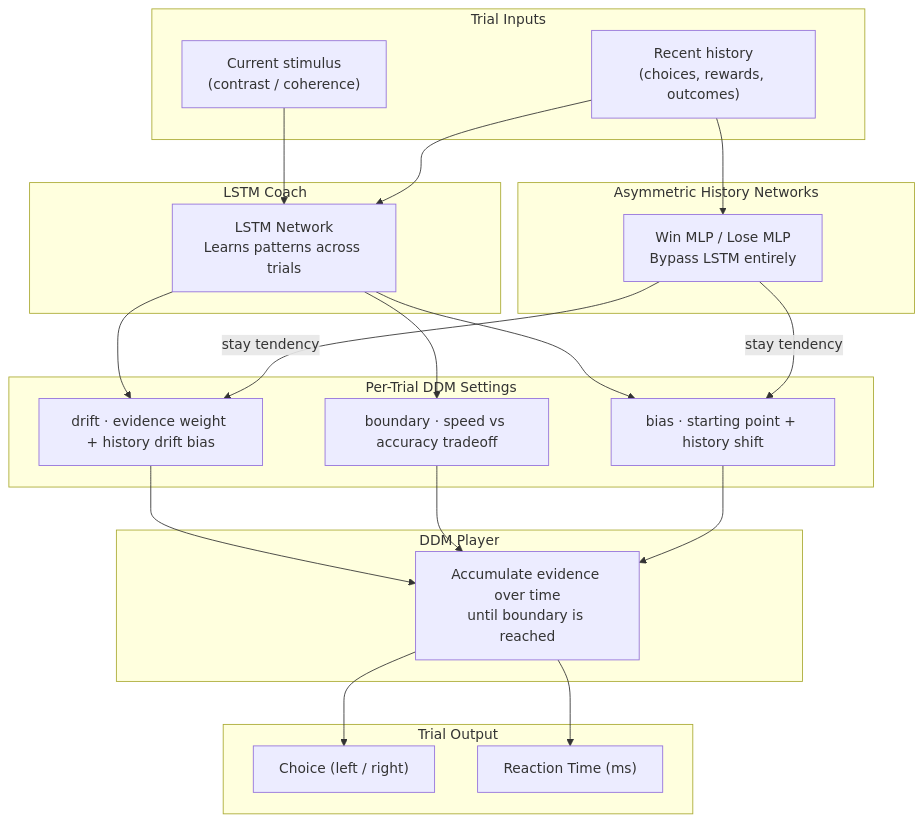
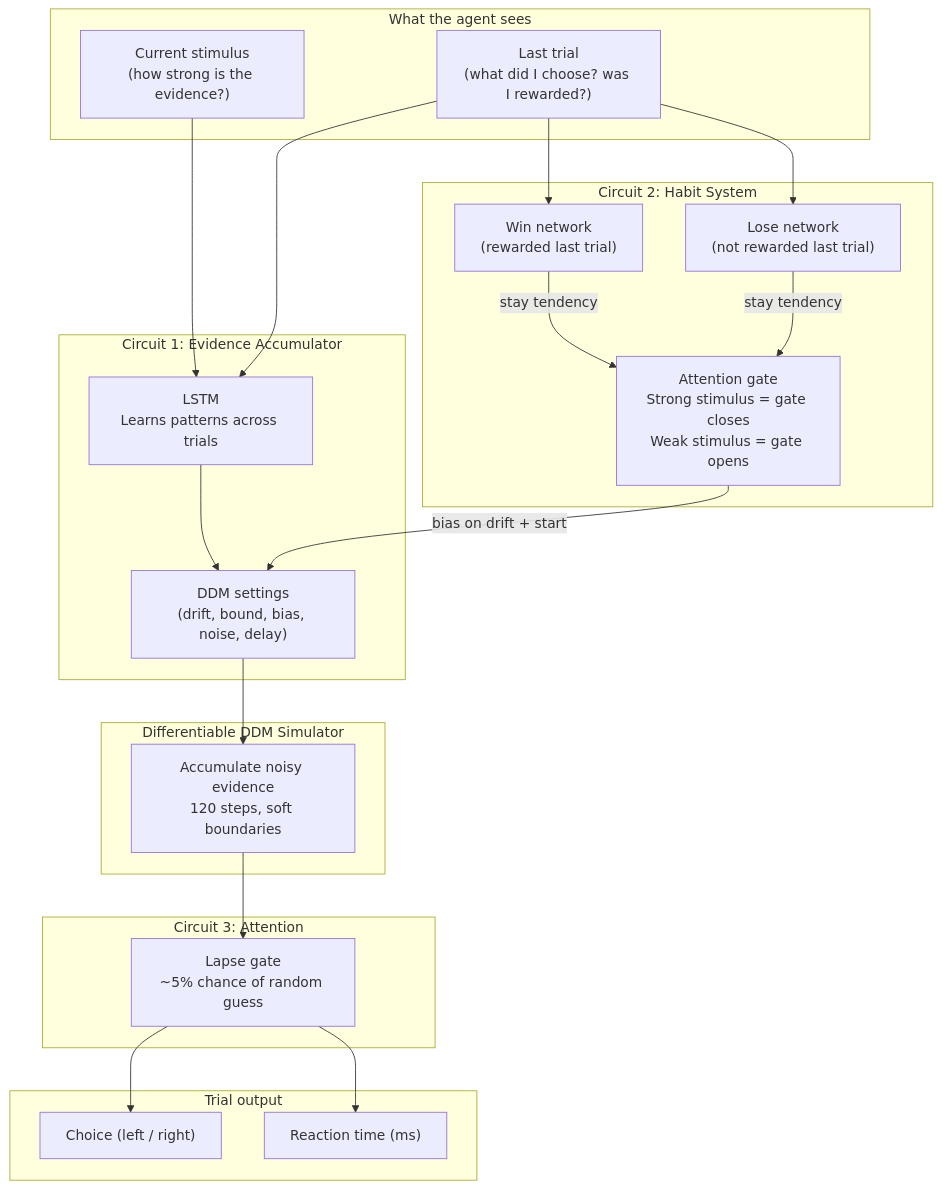
Before and after one commit to ermanakar/animaltasksim: the third of 4 diagrams in docs/THEORY_AND_CONCEPTS.md, drawn with Mermaid. The commit also changed other lines of this file and 7 other files, not shown here.

````diff
--- a/docs/THEORY_AND_CONCEPTS.md
+++ b/docs/THEORY_AND_CONCEPTS.md
@@ -157,44 +195,44 @@
 ```mermaid
 flowchart TD
-    subgraph Inputs["Trial Inputs"]
-        S["Current stimulus\n(contrast / coherence)"]
-        H["Recent history\n(choices, rewards, outcomes)"]
+    subgraph Inputs["What the agent sees"]
+        S["Current stimulus\n(how strong is the evidence?)"]
+        H["Last trial\n(what did I choose? was I rewarded?)"]
     end
 
-    subgraph Coach["LSTM Coach"]
-        L["LSTM Network\nLearns patterns across trials"]
+    subgraph Circuit1["Circuit 1: Evidence Accumulator"]
+        L["LSTM\nLearns patterns across trials"]
+        DDM_params["DDM settings\n(drift, bound, bias, noise, delay)"]
     end
 
-    subgraph Habit["Asymmetric History Networks"]
-        HN["Win MLP / Lose MLP\nBypass LSTM entirely"]
+    subgraph Circuit2["Circuit 2: Habit System"]
+        WIN["Win network\n(rewarded last trial)"]
+        LOSE["Lose network\n(not rewarded last trial)"]
+        GATE["Attention gate\nStrong stimulus = gate closes\nWeak stimulus = gate opens"]
     end
 
-    subgraph Params["Per-Trial DDM Settings"]
-        D["drift · evidence weight + history drift bias"]
-        B["boundary · speed vs accuracy tradeoff"]
-        BI["bias · starting point + history shift"]
+    subgraph DDM_sim["Differentiable DDM Simulator"]
+        P["Accumulate noisy evidence\n120 steps, soft boundaries"]
     end
 
-    subgraph Player["DDM Player"]
-        P["Accumulate evidence over time\nuntil boundary is reached"]
+    subgraph Circuit3["Circuit 3: Attention"]
+        LAPSE["Lapse gate\n~5% chance of random guess"]
     end
 
-    subgraph Output["Trial Output"]
+    subgraph Output["Trial output"]
         C["Choice (left / right)"]
-        R["Reaction Time (ms)"]
+        R["Reaction time (ms)"]
     end
 
     S --> L
     H --> L
-    H --> HN
-    L --> D
-    L --> B
-    L --> BI
-    HN -->|"stay tendency"| D
-    HN -->|"stay tendency"| BI
-    D --> P
-    B --> P
-    BI --> P
-    P --> C
-    P --> R
+    H --> WIN
+    H --> LOSE
+    L --> DDM_params
+    WIN -->|"stay tendency"| GATE
+    LOSE -->|"stay tendency"| GATE
+    GATE -->|"bias on drift + start"| DDM_params
+    DDM_params --> P
+    P --> LAPSE
+    LAPSE --> C
+    LAPSE --> R
 ```
````
